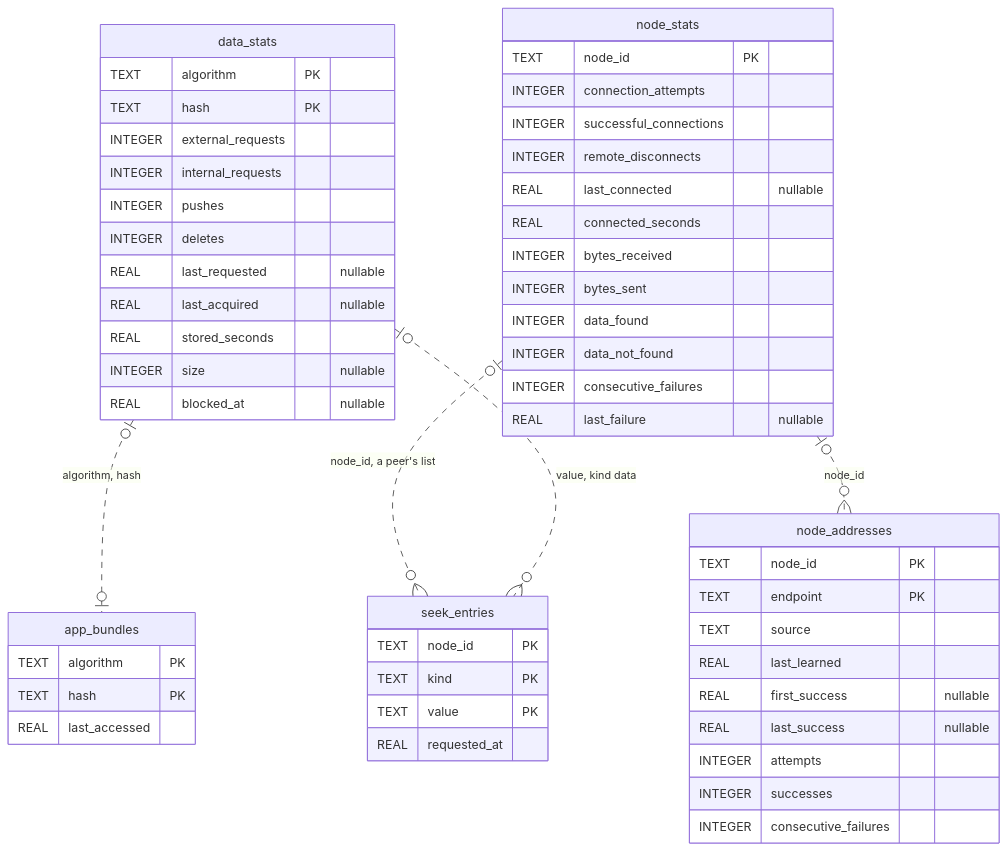
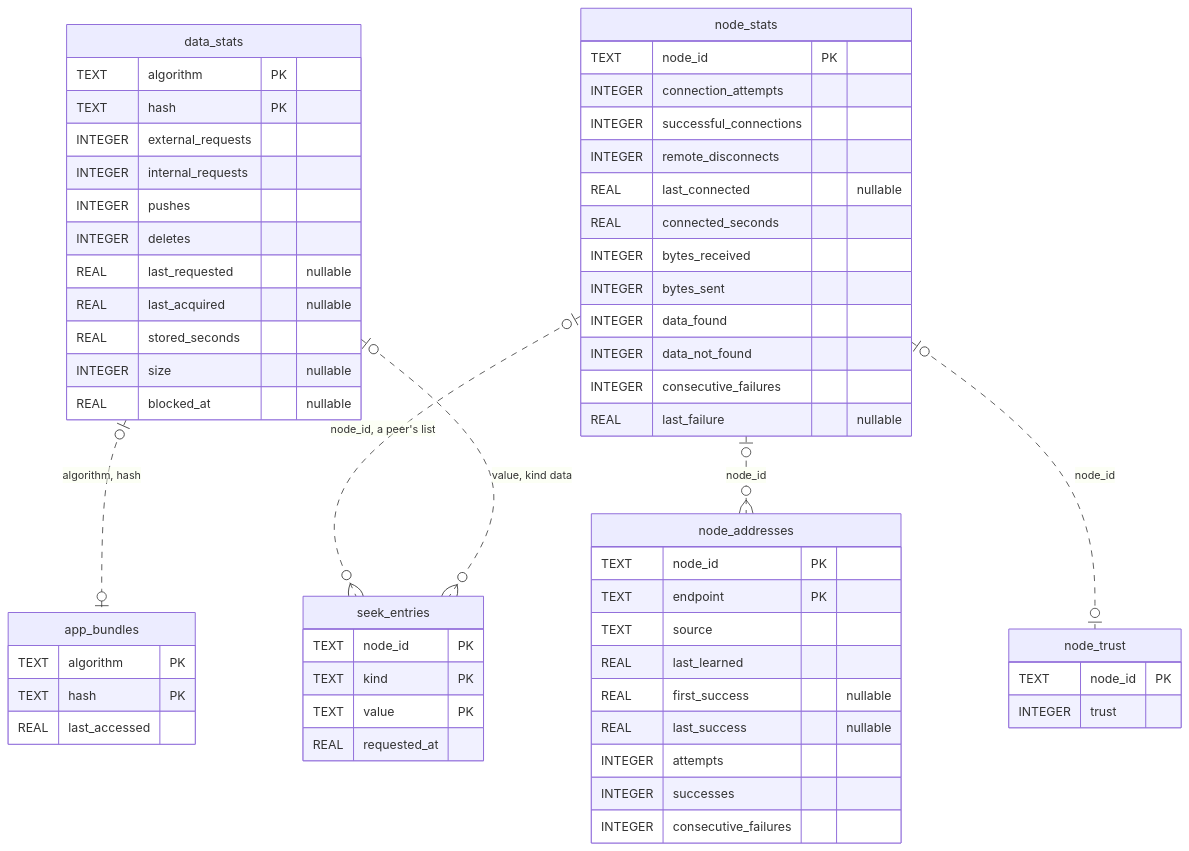
Before and after one commit to marcpage/libranet: the diagram in docs/implementation/Database Schema.md, drawn with Mermaid. The commit also changed other lines of this file and 12 other files, not shown here.

````diff
--- a/docs/implementation/Database Schema.md
+++ b/docs/implementation/Database Schema.md
@@ -128,56 +134,61 @@
 ```mermaid
 erDiagram
     data_stats {
         TEXT algorithm PK
         TEXT hash PK
         INTEGER external_requests
         INTEGER internal_requests
         INTEGER pushes
         INTEGER deletes
         REAL last_requested "nullable"
         REAL last_acquired "nullable"
         REAL stored_seconds
         INTEGER size "nullable"
         REAL blocked_at "nullable"
     }
     app_bundles {
         TEXT algorithm PK
         TEXT hash PK
         REAL last_accessed
     }
     node_stats {
         TEXT node_id PK
         INTEGER connection_attempts
         INTEGER successful_connections
         INTEGER remote_disconnects
         REAL last_connected "nullable"
         REAL connected_seconds
         INTEGER bytes_received
         INTEGER bytes_sent
         INTEGER data_found
         INTEGER data_not_found
         INTEGER consecutive_failures
         REAL last_failure "nullable"
     }
     node_addresses {
         TEXT node_id PK
         TEXT endpoint PK
         TEXT source
         REAL last_learned
         REAL first_success "nullable"
         REAL last_success "nullable"
         INTEGER attempts
         INTEGER successes
         INTEGER consecutive_failures
     }
     seek_entries {
         TEXT node_id PK
         TEXT kind PK
         TEXT value PK
         REAL requested_at
     }
+    node_trust {
+        TEXT node_id PK
+        INTEGER trust
+    }
     node_stats |o..o{ node_addresses : "node_id"
+    node_stats |o..o| node_trust : "node_id"
     node_stats |o..o{ seek_entries : "node_id, a peer's list"
     data_stats |o..o| app_bundles : "algorithm, hash"
     data_stats |o..o{ seek_entries : "value, kind data"
 ```
````
